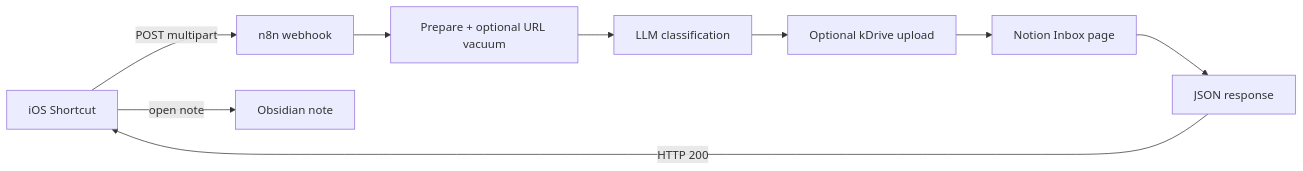
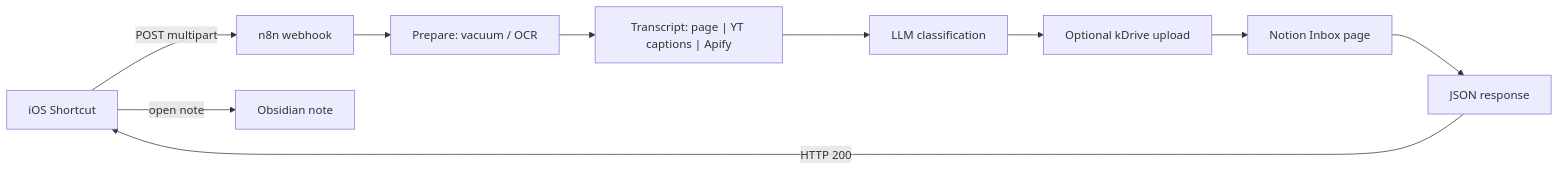
The diagram in README.md (BrunoCoCH/n8n-kb-capture), drawn with Mermaid before and after one commit. The commit also changed other lines of this file and 4 other files, not shown here.

````diff
--- a/README.md
+++ b/README.md
@@ -182,11 +228,12 @@
 ```mermaid
 flowchart LR
     A["iOS Shortcut"] -->|"POST multipart"| B["n8n webhook"]
-    B --> C["Prepare + optional URL vacuum"]
-    C --> D["LLM classification"]
+    B --> C["Prepare: vacuum / OCR"]
+    C --> T["Transcript: page | YT captions | Apify"]
+    T --> D["LLM classification"]
     D --> E["Optional kDrive upload"]
     E --> F["Notion Inbox page"]
     F --> G["JSON response"]
     G -->|"HTTP 200"| A
     A -->|"open note"| H["Obsidian note"]
 ```
````
